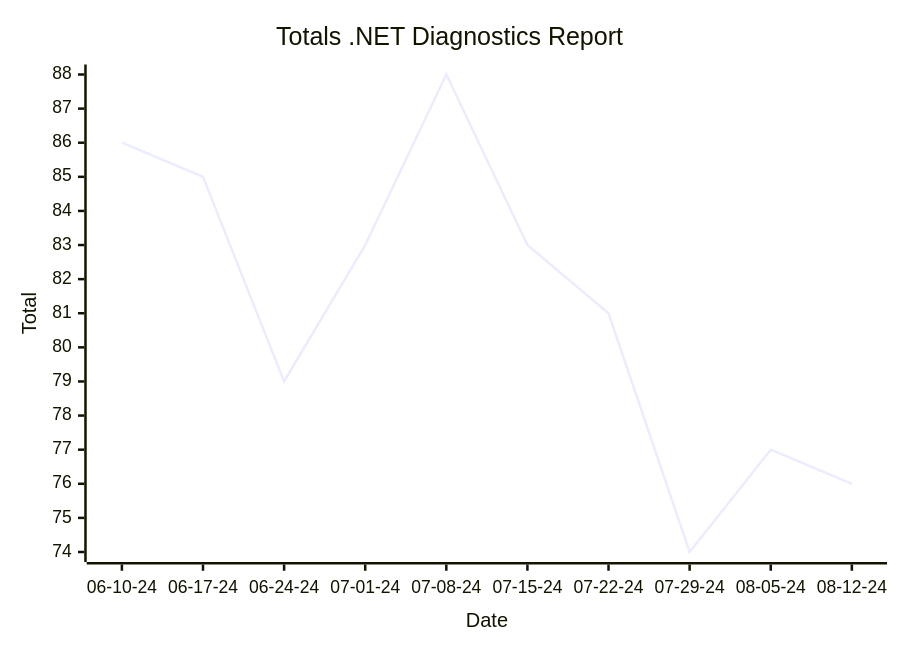
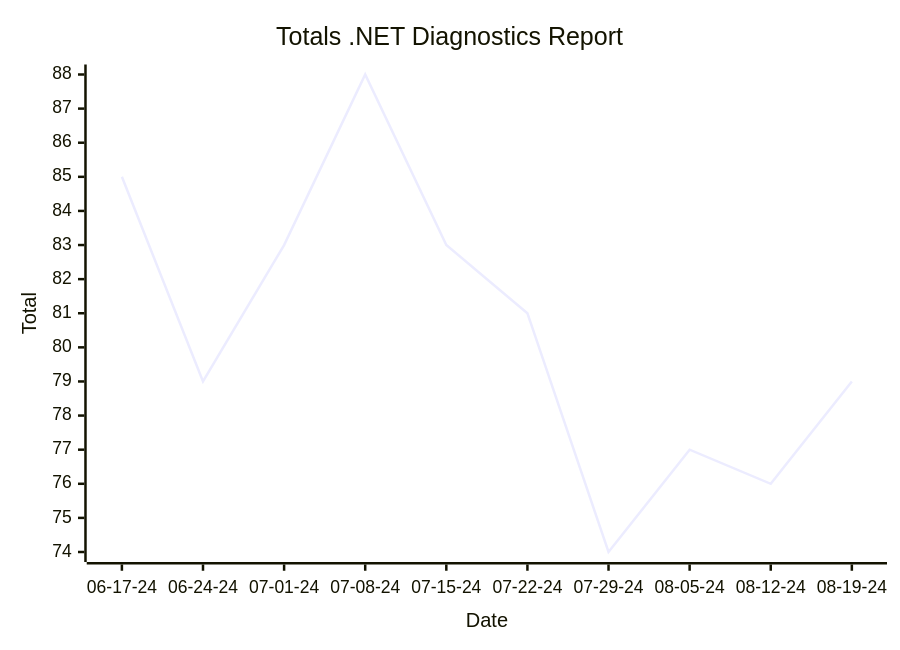
One commit to hoyosjs/gh-issue-tracker changed the first of 2 diagrams in reports/README.md. Above: the diagram before and after it, drawn with Mermaid. The commit also changed other lines of this file and 4 other files, not shown here.

````diff
--- a/reports/README.md
+++ b/reports/README.md
@@ -7,7 +7,7 @@
 ```mermaid
 xychart-beta
   title "Totals .NET Diagnostics Report"
-  x-axis "Date" ["06-10-24", "06-17-24", "06-24-24", "07-01-24", "07-08-24", "07-15-24", "07-22-24", "07-29-24", "08-05-24", "08-12-24"]
+  x-axis "Date" ["06-17-24", "06-24-24", "07-01-24", "07-08-24", "07-15-24", "07-22-24", "07-29-24", "08-05-24", "08-12-24", "08-19-24"]
   y-axis "Total"
-  line [86, 85, 79, 83, 88, 83, 81, 74, 77, 76]
+  line [85, 79, 83, 88, 83, 81, 74, 77, 76, 79]
 ```
````
